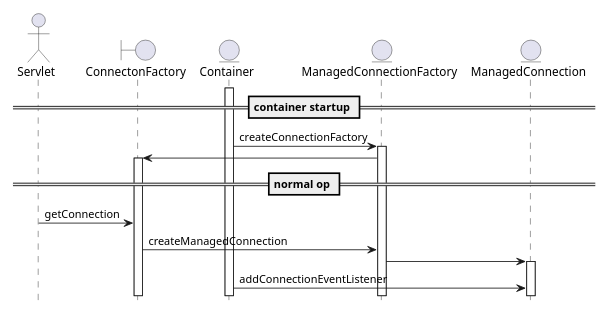
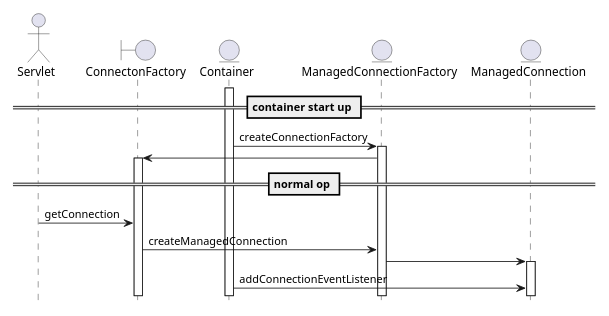
The third of 3 diagrams in docs/diagrams.rst (greglanthier/jca1.6-demo), drawn with PlantUML before and after one commit. The commit also changed other lines of this file and 1 other file, not shown here.

```diff
--- a/docs/diagrams.rst
+++ b/docs/diagrams.rst
@@ -68,26 +68,26 @@
 .. uml::
 
 	scale 2/3
 	hide footbox
 	actor Servlet
 	boundary ConnectonFactory
 	entity Container
 	entity ManagedConnectionFactory
 	entity ManagedConnection
 
-	== container startup ==
+	== container start up ==
 	activate Container
 	Container -> ManagedConnectionFactory: createConnectionFactory
 
 	activate ManagedConnectionFactory
 
 	ManagedConnectionFactory -> ConnectonFactory
 	activate ConnectonFactory
 
 	== normal op ==
 
 	Servlet -> ConnectonFactory: getConnection
 	ConnectonFactory -> ManagedConnectionFactory: createManagedConnection
 	ManagedConnectionFactory -> ManagedConnection
 	activate ManagedConnection
 	Container -> ManagedConnection: addConnectionEventListener
```
